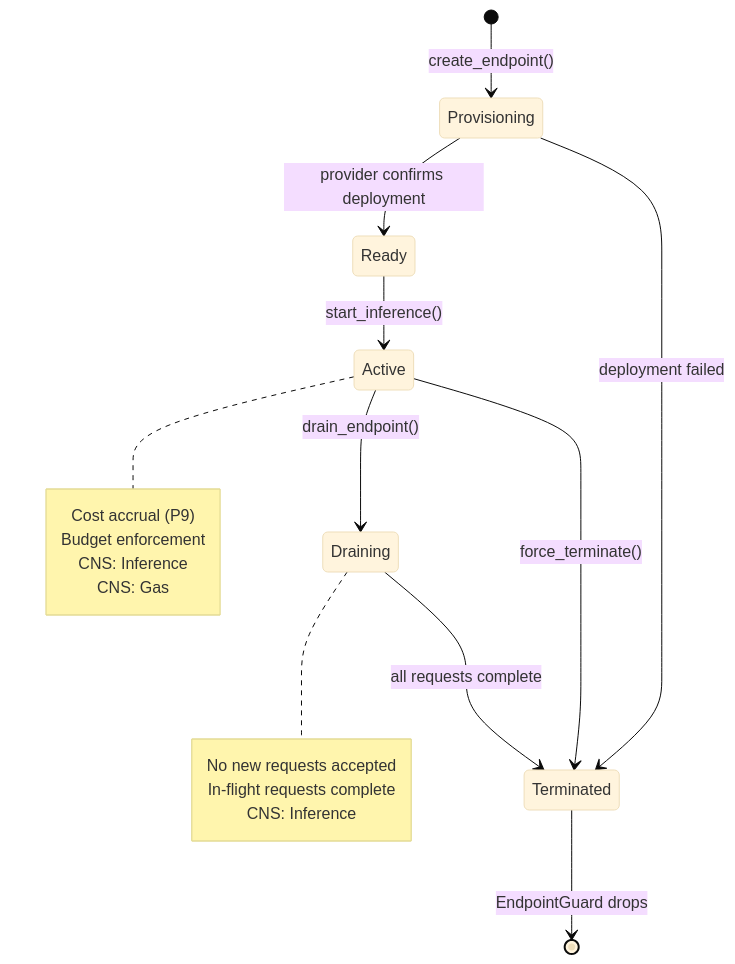
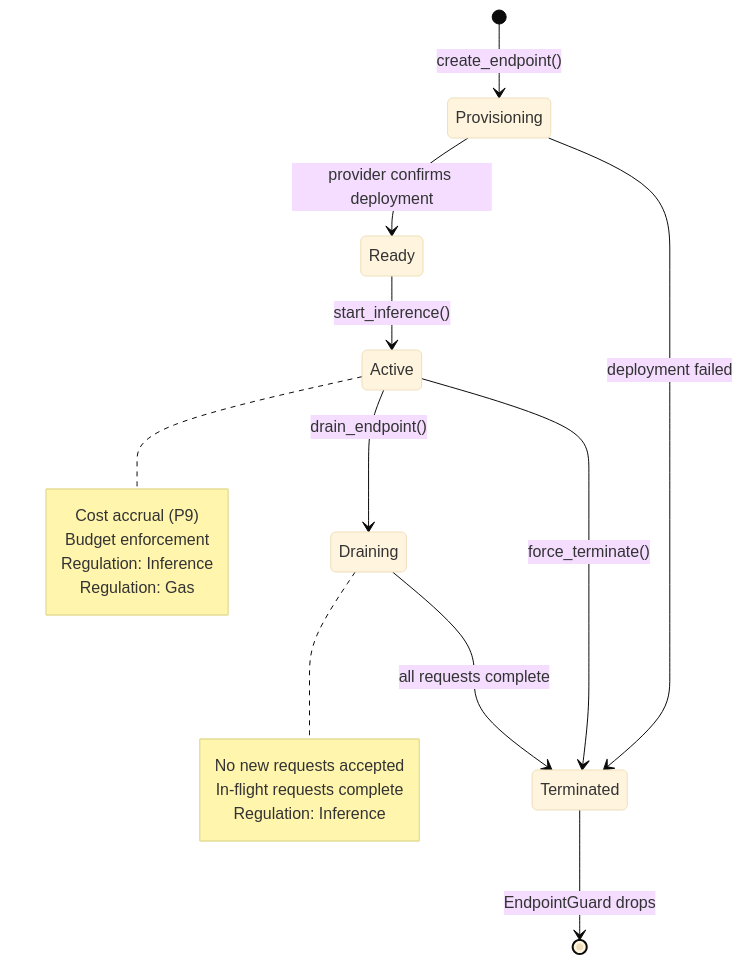
The fifth of 24 diagrams in docs/architecture/core/hKask-architecture-master.md (mdz-axo/hKask), drawn with Mermaid (base theme) before and after one commit. The commit also changed other lines of this file and 68 other files, not shown here.

First line of the commit message:
Rename CNS to Regulation across docs

````diff
--- a/docs/architecture/core/hKask-architecture-master.md
+++ b/docs/architecture/core/hKask-architecture-master.md
@@ -1181,24 +1181,24 @@
 ```mermaid
 stateDiagram-v2
     [*] --> Provisioning: create_endpoint()
     Provisioning --> Ready: provider confirms deployment
     Ready --> Active: start_inference()
     Active --> Draining: drain_endpoint()
     Draining --> Terminated: all requests complete
     Active --> Terminated: force_terminate()
     Provisioning --> Terminated: deployment failed
     Terminated --> [*]: EndpointGuard drops
 
     note right of Active
         Cost accrual (P9)
         Budget enforcement
-        CNS: Inference
-        CNS: Gas
+        Regulation: Inference
+        Regulation: Gas
     end note
 
     note right of Draining
         No new requests accepted
         In-flight requests complete
-        CNS: Inference
+        Regulation: Inference
     end note
 ```
````
